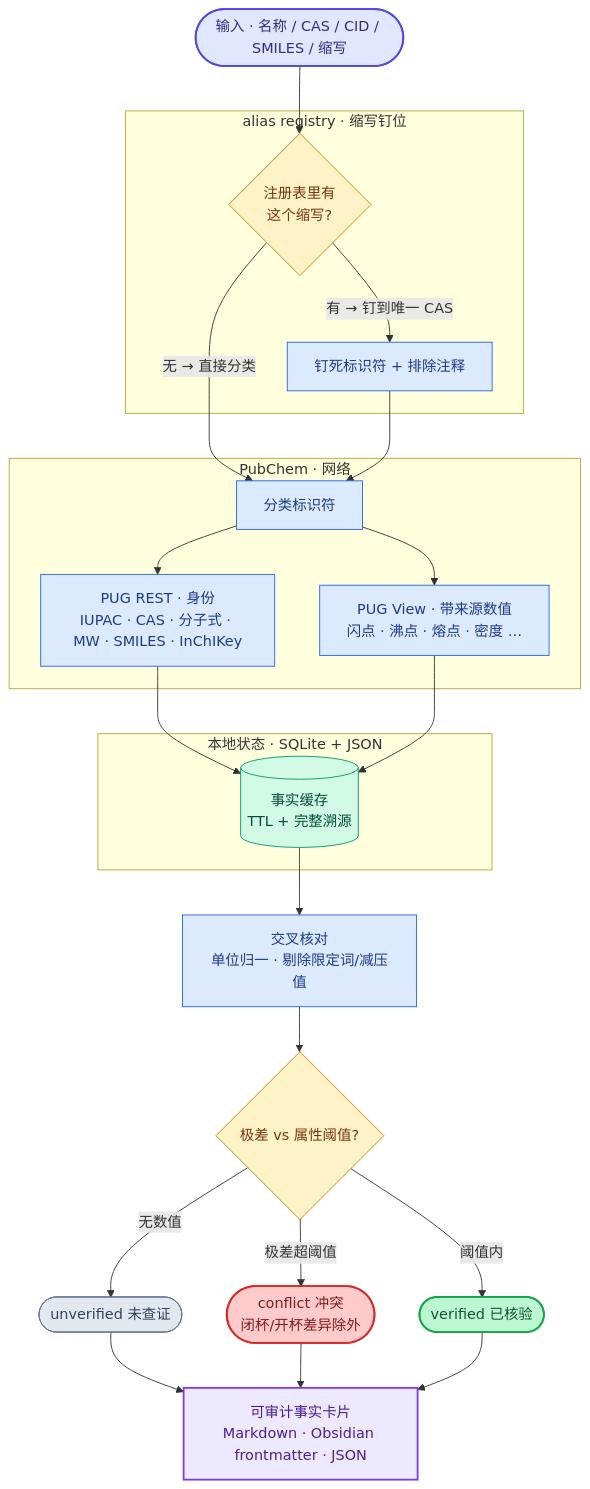
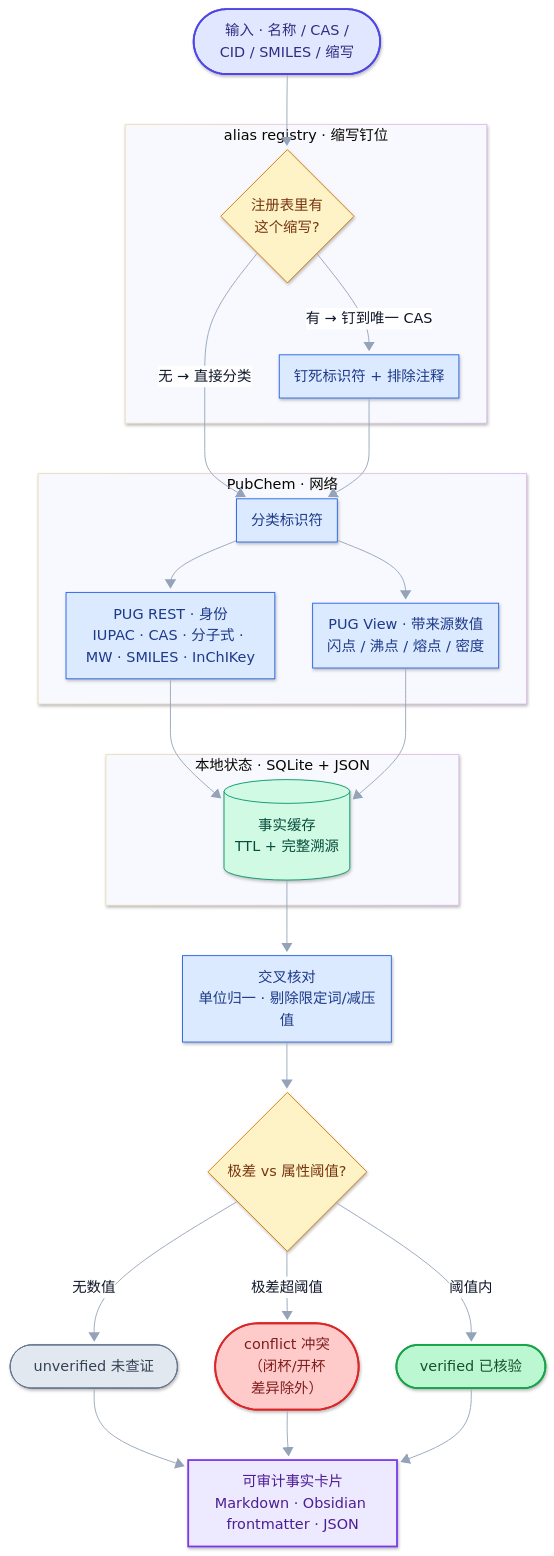
One commit to CL4Y68/chemfacts changed the first of 4 diagrams in README_zh.md. Above: the diagram before and after it, drawn with Mermaid. The commit also changed other lines of this file and 1 other file, not shown here.

First line of the commit message:
diagrams: mermaid 'look: neo' render pass + trimmed CJK labels

````diff
--- a/README_zh.md
+++ b/README_zh.md
@@ -29,40 +29,41 @@
 ```mermaid
+%%{init: {"look": "neo", "theme": "base", "themeVariables": {"lineColor": "#94a3b8", "primaryTextColor": "#0f172a", "edgeLabelBackground": "#ffffff"}, "flowchart": {"curve": "basis", "htmlLabels": true, "nodeSpacing": 42, "rankSpacing": 56, "padding": 10}} }%%
 flowchart TD
-    A(["输入 · 名称 / CAS / CID / SMILES / 缩写"]):::io --> B
+    A(["输入 · 名称 / CAS /<br/>CID / SMILES / 缩写"]):::io --> B
 
     subgraph REG["alias registry · 缩写钉位"]
         B{"注册表里有<br/>这个缩写?"}:::decide
         B -- "有 → 钉到唯一 CAS" --> C["钉死标识符 + 排除注释"]:::proc
     end
     B -- "无 → 直接分类" --> D["分类标识符"]:::proc
     C --> D
 
     subgraph PUB["PubChem · 网络"]
         D --> E["PUG REST · 身份<br/>IUPAC · CAS · 分子式 · MW · SMILES · InChIKey"]:::proc
-        D --> F["PUG View · 带来源数值<br/>闪点 · 沸点 · 熔点 · 密度 …"]:::proc
+        D --> F["PUG View · 带来源数值<br/>闪点 / 沸点 / 熔点 / 密度"]:::proc
     end
 
     subgraph LOCAL["本地状态 · SQLite + JSON"]
         E --> G[("事实缓存<br/>TTL + 完整溯源")]:::store
         F --> G
     end
 
     G --> H["交叉核对<br/>单位归一 · 剔除限定词/减压值"]:::proc
     H --> I{"极差 vs 属性阈值?"}:::decide
     I -- "无数值" --> J(["unverified 未查证"]):::plain
-    I -- "极差超阈值" --> K(["conflict 冲突<br/>闭杯/开杯差异除外"]):::warn
+    I -- "极差超阈值" --> K(["conflict 冲突<br/>（闭杯/开杯<br/>差异除外）"]):::warn
     I -- "阈值内" --> L(["verified 已核验"]):::ok
     J --> M["可审计事实卡片<br/>Markdown · Obsidian frontmatter · JSON"]:::card
     K --> M
     L --> M
     classDef io      fill:#e0e7ff,stroke:#4f46e5,stroke-width:2px,color:#312e81
     classDef proc    fill:#dbeafe,stroke:#2563eb,color:#1e3a8a
     classDef decide  fill:#fef3c7,stroke:#d97706,color:#78350f
     classDef store   fill:#d1fae5,stroke:#059669,color:#064e3b
     classDef ok      fill:#bbf7d0,stroke:#16a34a,stroke-width:2px,color:#14532d
     classDef warn    fill:#fecaca,stroke:#dc2626,stroke-width:2px,color:#7f1d1d
     classDef plain   fill:#e2e8f0,stroke:#64748b,color:#334155
     classDef card   fill:#ede9fe,stroke:#7c3aed,stroke-width:2px,color:#4c1d95
     classDef mcp    fill:#cffafe,stroke:#0891b2,color:#164e63
     classDef ext    fill:#f8fafc,stroke:#94a3b8,stroke-dasharray:5 4,color:#475569
 ```
````
